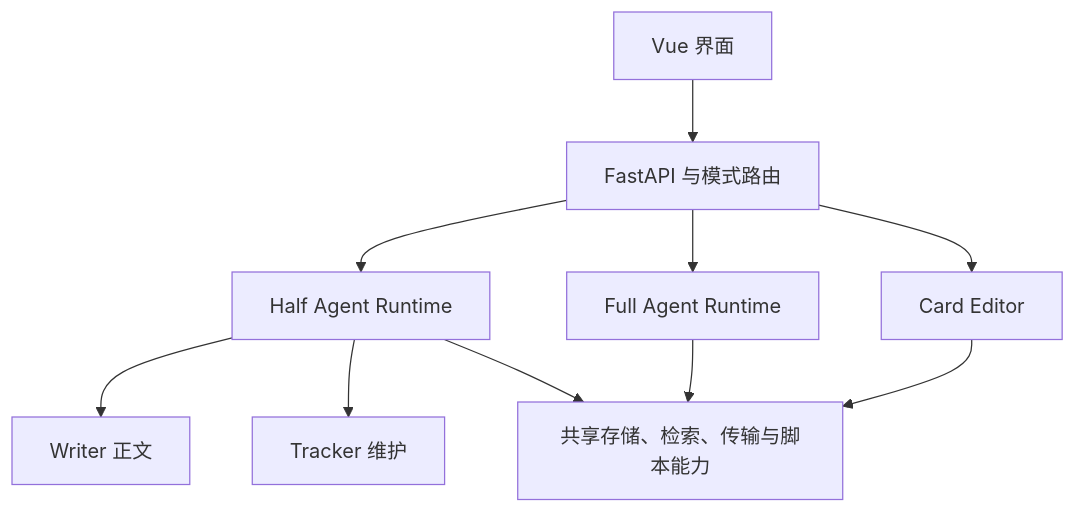
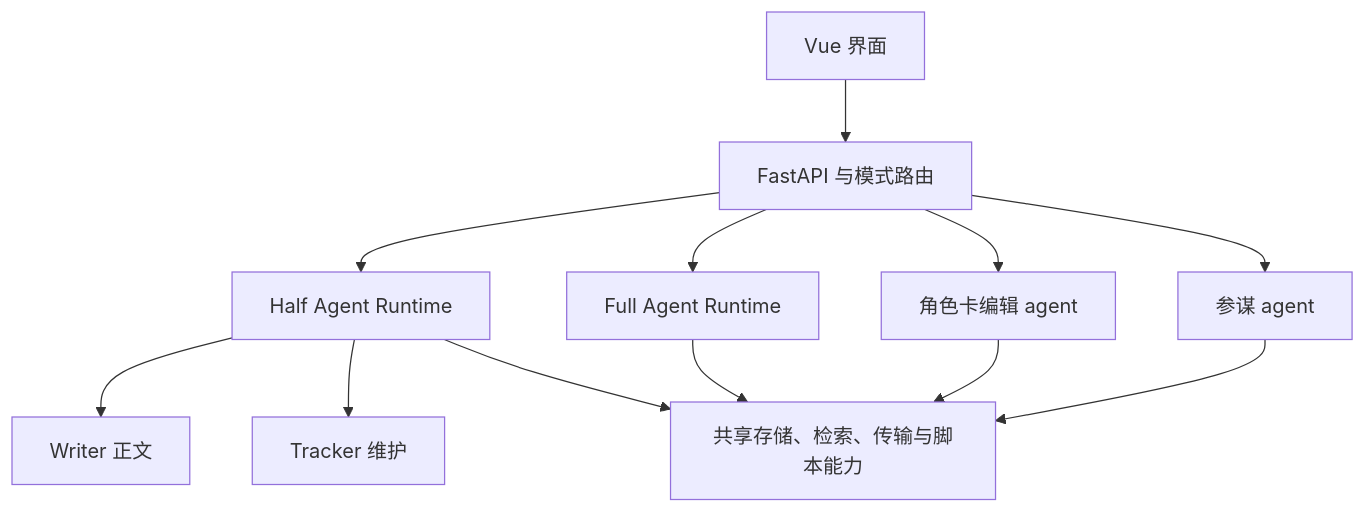
Before and after one commit to illuminatedworm/terrarium-tavern: the diagram in docs/design/architecture.md, drawn with Mermaid. The commit also changed other lines of this file and 37 other files, not shown here.

````diff
--- a/docs/design/architecture.md
+++ b/docs/design/architecture.md
@@ -5,12 +5,14 @@
 ```mermaid
 flowchart TD
     UI[Vue 界面] --> API[FastAPI 与模式路由]
     API --> HALF[Half Agent Runtime]
     API --> FULL[Full Agent Runtime]
-    API --> EDIT[Card Editor]
+    API --> EDIT[角色卡编辑 agent]
+    API --> ADVISOR[参谋 agent]
     HALF --> WRITER[Writer 正文]
     HALF --> TRACKER[Tracker 维护]
     HALF --> SHARED[共享存储、检索、传输与脚本能力]
     FULL --> SHARED
     EDIT --> SHARED
+    ADVISOR --> SHARED
 ```
````
